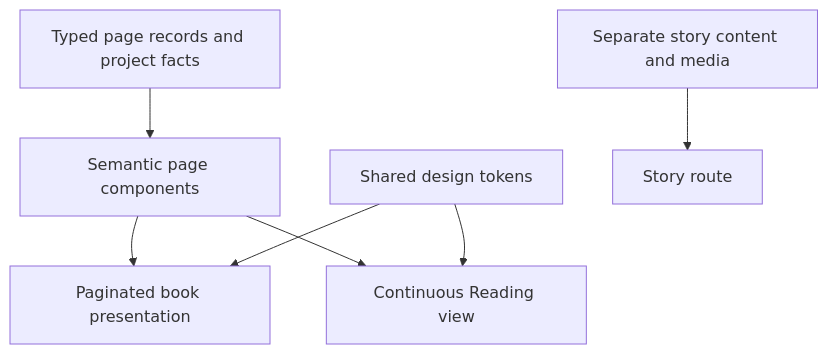
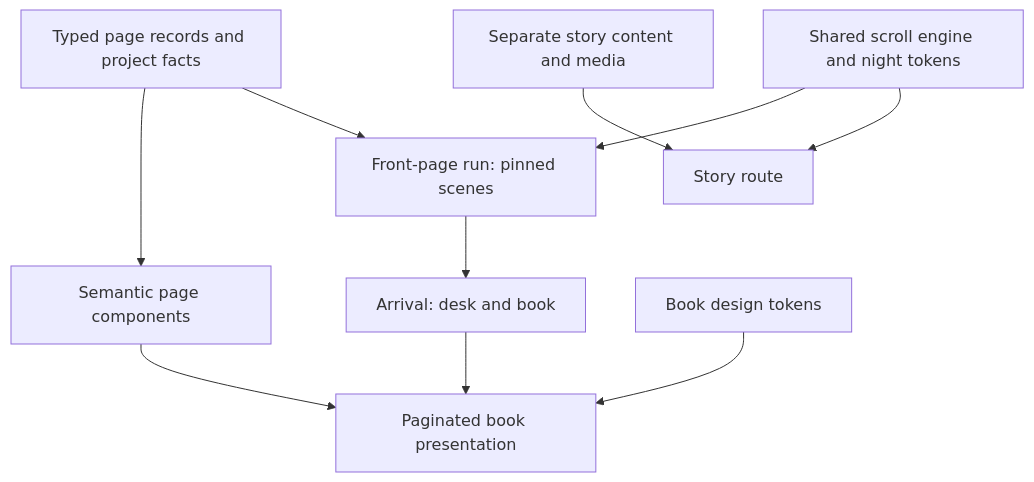
One commit to adarshbam/my-atlas-portfolio changed the diagram in docs/ARCHITECTURE.md. Above: the diagram before and after it, drawn with Mermaid. The commit also changed other lines of this file and 145 other files, not shown here.

````diff
--- a/docs/ARCHITECTURE.md
+++ b/docs/ARCHITECTURE.md
@@ -9,9 +9,12 @@
 ```mermaid
 flowchart TD
     Data[Typed page records and project facts] --> Pages[Semantic page components]
+    Data --> Run[Front-page run: pinned scenes]
+    Run --> Arrival[Arrival: desk and book]
     Pages --> Book[Paginated book presentation]
-    Pages --> Reading[Continuous Reading view]
-    Tokens[Shared design tokens] --> Book
-    Tokens --> Reading
+    Arrival --> Book
+    Tokens[Book design tokens] --> Book
+    Trailer[Shared scroll engine and night tokens] --> Run
+    Trailer --> StoryView
     Story[Separate story content and media] --> StoryView[Story route]
 ```
````
